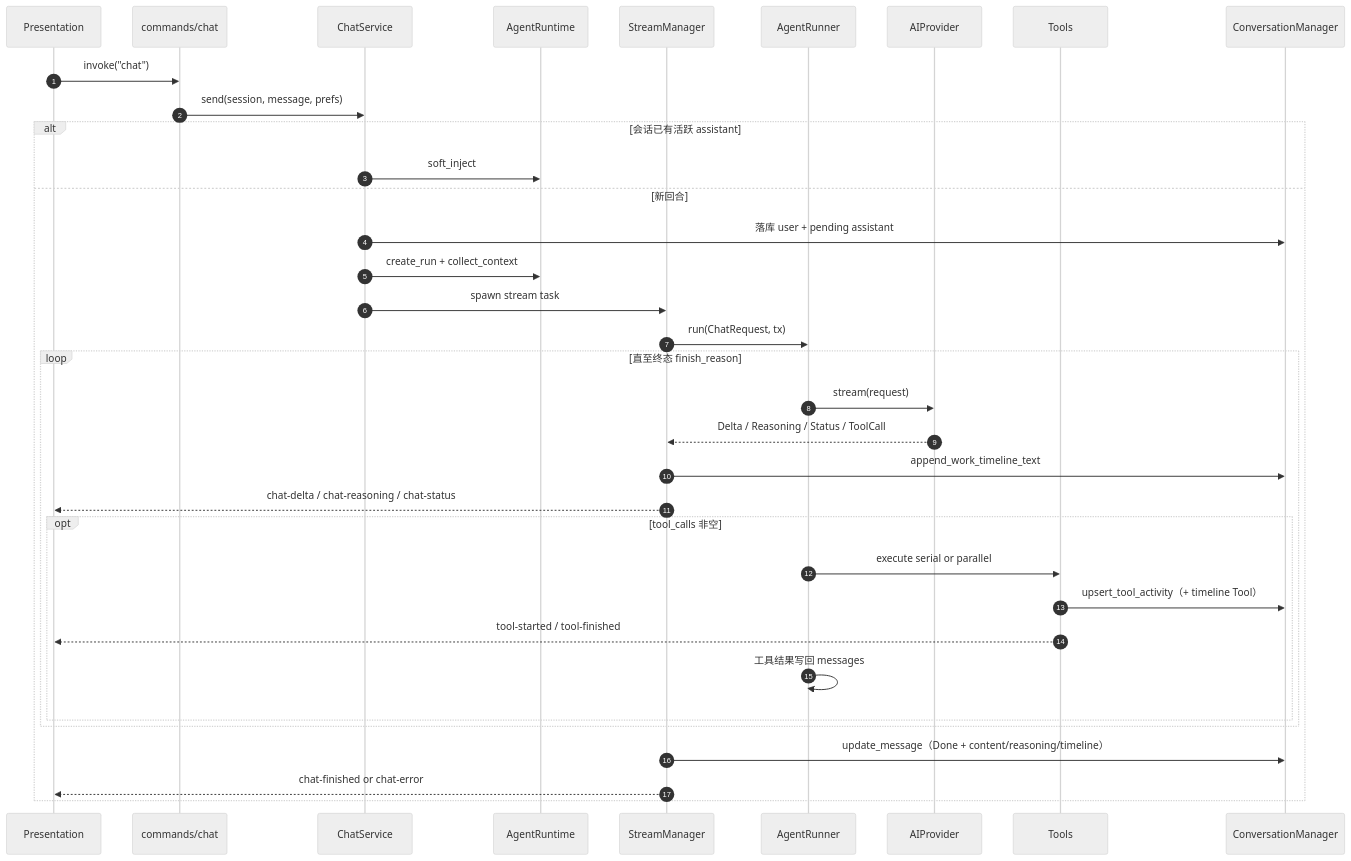
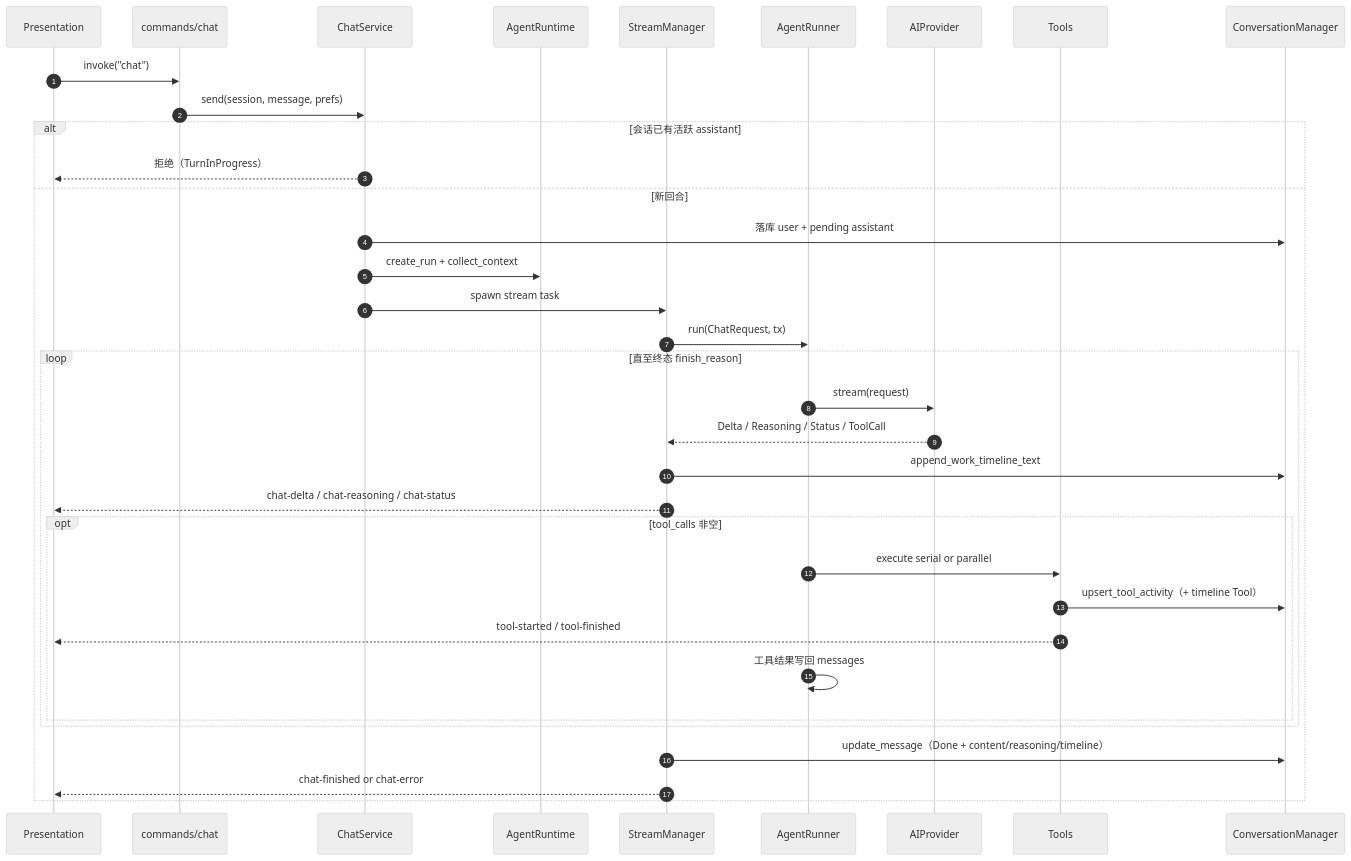
Before and after one commit to rururunu/Anya: the eighth of 18 diagrams in docs/architecture-overview.zh-CN.md, drawn with Mermaid (neutral theme). The commit also changed other lines of this file and 143 other files, not shown here.

````diff
--- a/docs/architecture-overview.zh-CN.md
+++ b/docs/architecture-overview.zh-CN.md
@@ -368,38 +368,38 @@
 ```mermaid
 sequenceDiagram
   autonumber
   participant FE as Presentation
   participant IPC as commands/chat
   participant CS as ChatService
   participant AR as AgentRuntime
   participant SM as StreamManager
   participant R as AgentRunner
   participant P as AIProvider
   participant T as Tools
   participant CM as ConversationManager
 
   FE->>IPC: invoke("chat")
   IPC->>CS: send(session, message, prefs)
   alt 会话已有活跃 assistant
-    CS->>AR: soft_inject
+    CS-->>FE: 拒绝（TurnInProgress）
   else 新回合
     CS->>CM: 落库 user + pending assistant
     CS->>AR: create_run + collect_context
     CS->>SM: spawn stream task
     SM->>R: run(ChatRequest, tx)
     loop 直至终态 finish_reason
       R->>P: stream(request)
       P-->>SM: Delta / Reasoning / Status / ToolCall
       SM->>CM: append_work_timeline_text
       SM-->>FE: chat-delta / chat-reasoning / chat-status
       opt tool_calls 非空
         R->>T: execute serial or parallel
         T->>CM: upsert_tool_activity（+ timeline Tool）
         T-->>FE: tool-started / tool-finished
         R->>R: 工具结果写回 messages
       end
     end
     SM->>CM: update_message（Done + content/reasoning/timeline）
     SM-->>FE: chat-finished or chat-error
   end
 ```
````
